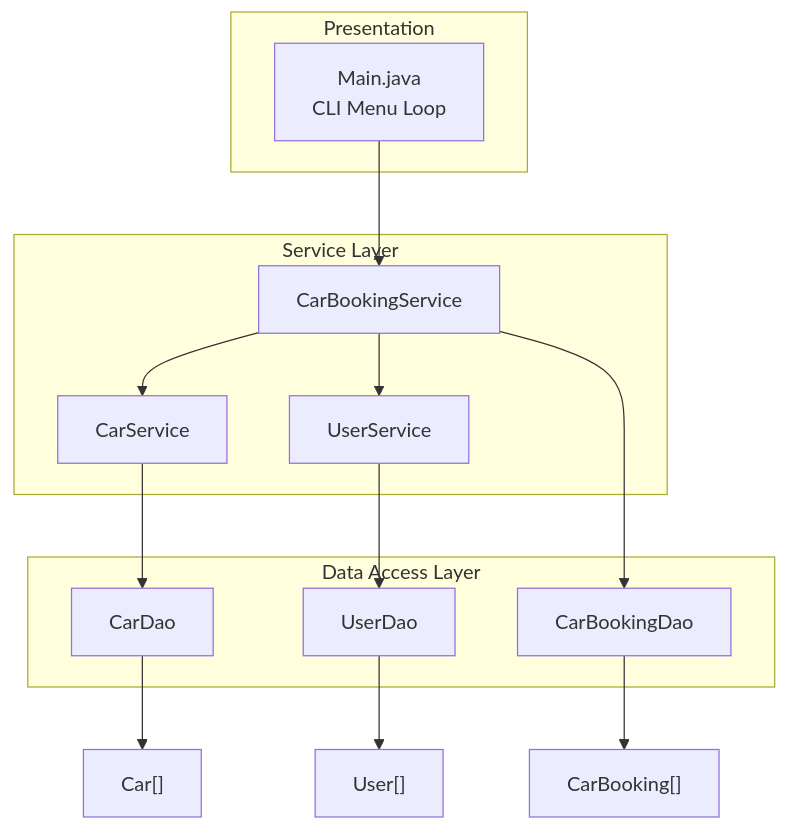
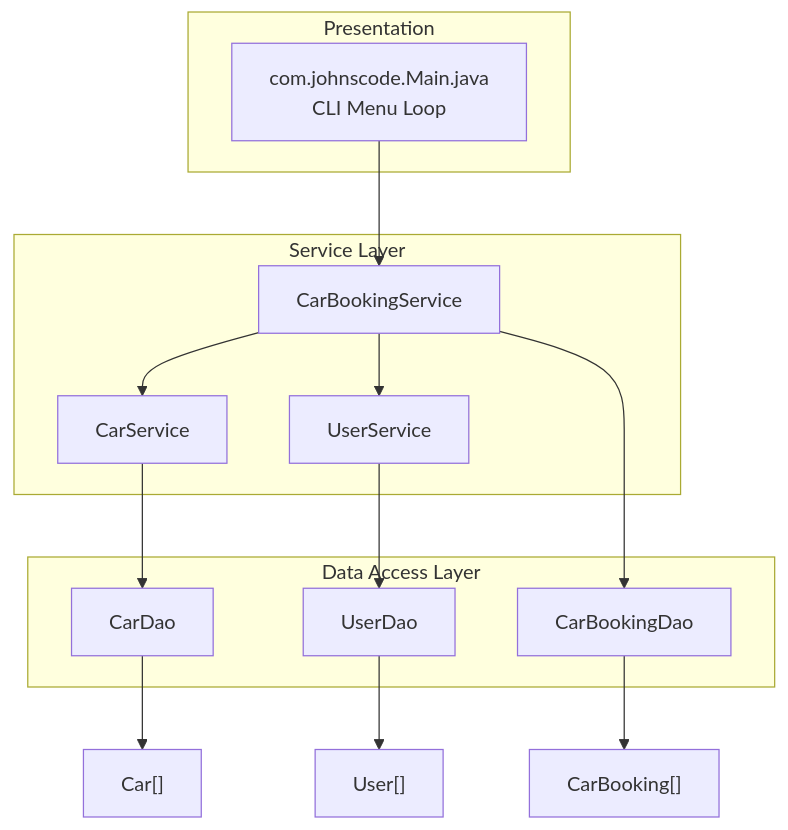
Before and after one commit to jrrugge/java-master-class: the fifth of 10 diagrams in README.md, drawn with Mermaid. The commit also changed other lines of this file and 13 other files, not shown here.

````diff
--- a/README.md
+++ b/README.md
@@ -301,28 +301,28 @@
 ```mermaid
 graph TB
     subgraph Presentation
-        M[Main.java<br>CLI Menu Loop]
+        M[com.johnscode.Main.java<br>CLI Menu Loop]
     end
 
     subgraph Service Layer
         CBS[CarBookingService]
         CS[CarService]
         US[UserService]
     end
 
     subgraph Data Access Layer
         CBD[CarBookingDao]
         CD[CarDao]
         UD[UserDao]
     end
 
     M --> CBS
     CBS --> CS
     CBS --> US
     CBS --> CBD
     CS --> CD
     US --> UD
     CBD --> BA["CarBooking[]"]
     CD --> CA["Car[]"]
     UD --> UA["User[]"]
 ```
````
